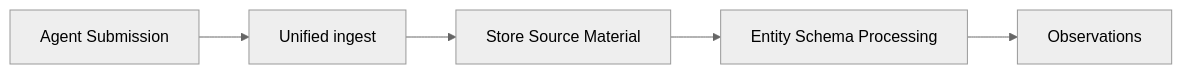
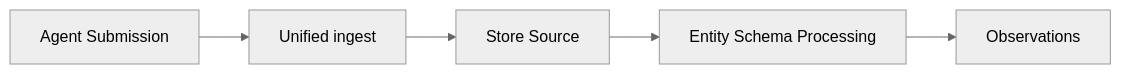
One commit to markmhendrickson/neotoma changed the third of 3 diagrams in docs/architecture/source_material_model.md. Above: the diagram before and after it, drawn with Mermaid. The commit also changed other lines of this file and 6696 other files, not shown here.

````diff
--- a/docs/architecture/source_material_model.md
+++ b/docs/architecture/source_material_model.md
@@ -207,13 +207,13 @@
 ```mermaid
 %%{init: {'theme':'neutral'}}%%
 flowchart LR
     Agent[Agent Submission]
     Ingest[Unified ingest]
-    Store[Store Source Material]
+    Store[Store Source]
     Schema[Entity Schema Processing]
     Obs[Observations]
     Agent --> Ingest
     Ingest --> Store
     Store --> Schema
     Schema --> Obs
 ```
````
